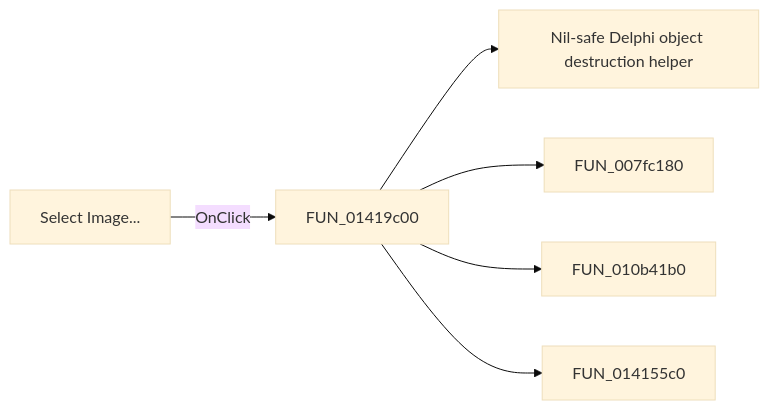
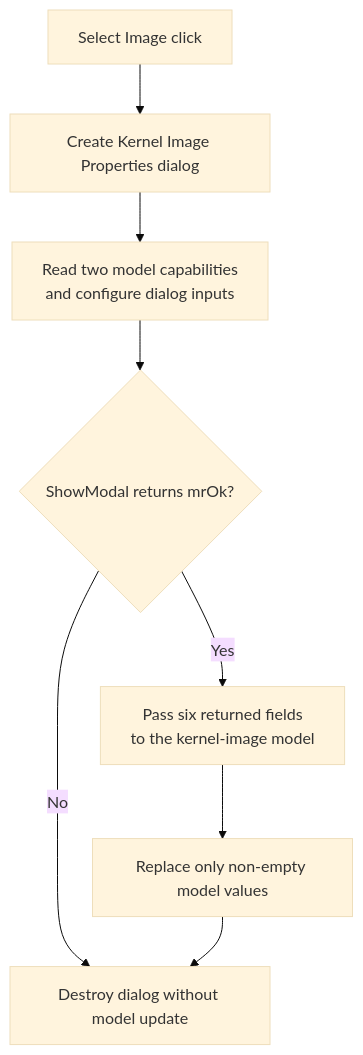
Before and after one commit to MovGP0/TIARA: the diagram in docs/ui-controls/mcuasmselector/bkernelimage-2012fe5e2e.md, drawn with Mermaid (base theme). The commit also changed other lines of this file and 1062 other files, not shown here.

````diff
--- a/docs/ui-controls/mcuasmselector/bkernelimage-2012fe5e2e.md
+++ b/docs/ui-controls/mcuasmselector/bkernelimage-2012fe5e2e.md
@@ -27,8 +31,10 @@
 ```mermaid
-flowchart LR
-    control["Select Image..."] -->|OnClick| handler["FUN_01419c00"]
-    handler --> call1["Nil-safe Delphi object destruction helper"]
-    handler --> call2["FUN_007fc180"]
-    handler --> call3["FUN_010b41b0"]
-    handler --> call4["FUN_014155c0"]
+flowchart TD
+    Control["Select Image click"] --> Create["Create Kernel Image Properties dialog"]
+    Create --> Capabilities["Read two model capabilities<br/>and configure dialog inputs"]
+    Capabilities --> Result{"ShowModal returns mrOk?"}
+    Result -->|No| Cleanup["Destroy dialog without model update"]
+    Result -->|Yes| Apply["Pass six returned fields<br/>to the kernel-image model"]
+    Apply --> NonEmpty["Replace only non-empty model values"]
+    NonEmpty --> Cleanup
 ```
````
